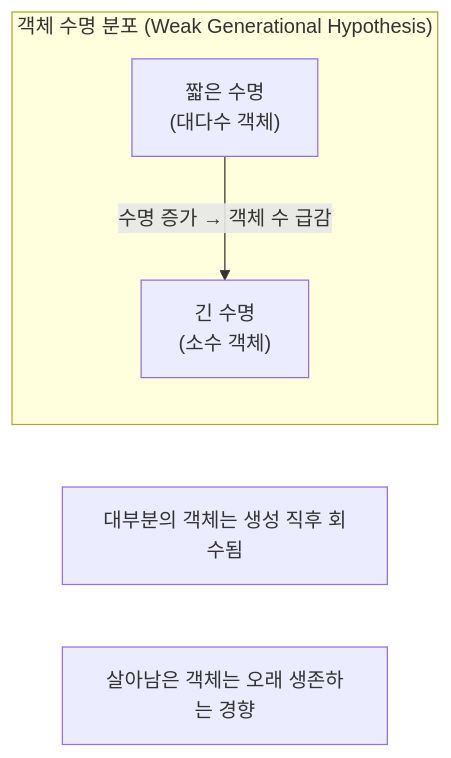
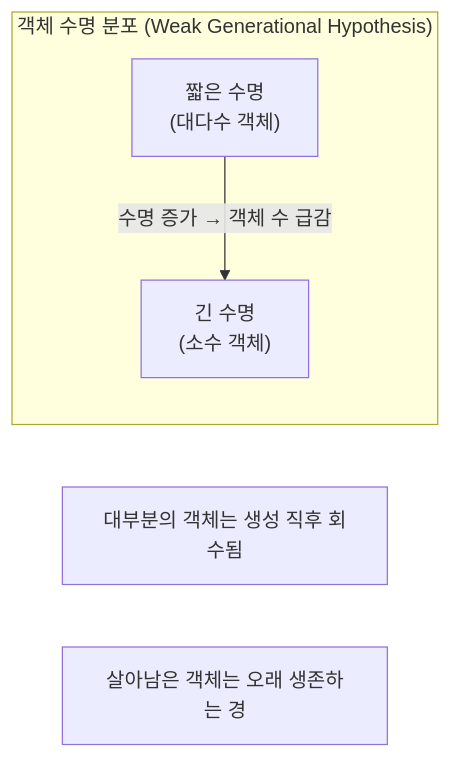
The seventh of 29 diagrams in _posts/java/2026-05-01-java-garbage-collector.md (yjkim2015/yjkim2015.github.io), drawn with Mermaid before and after one commit. The commit also changed other lines of this file and 271 other files, not shown here.

First line of the commit message:
Mermaid 라벨 축소: 긴 노드 텍스트 18자 이하로 트림 + \n 제거

````diff
--- a/_posts/java/2026-05-01-java-garbage-collector.md
+++ b/_posts/java/2026-05-01-java-garbage-collector.md
@@ -143,8 +143,8 @@
 ```mermaid
 graph LR
     subgraph "객체 수명 분포 (Weak Generational Hypothesis)"
         S["짧은 수명<br>(대다수 객체)"] -->|"수명 증가 → 객체 수 급감"| L["긴 수명<br>(소수 객체)"]
     end
     N1["대부분의 객체는 생성 직후 회수됨"]
-    N2["살아남은 객체는 오래 생존하는 경향"]
+    N2["살아남은 객체는 오래 생존하는 경"]
 ```
````
